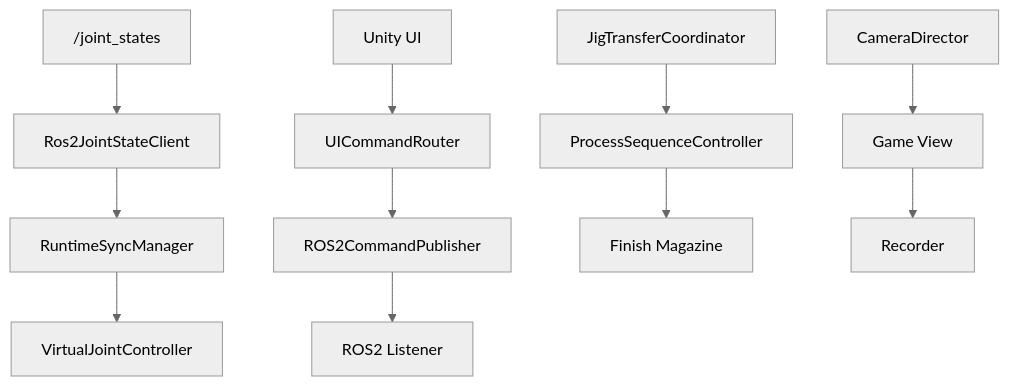
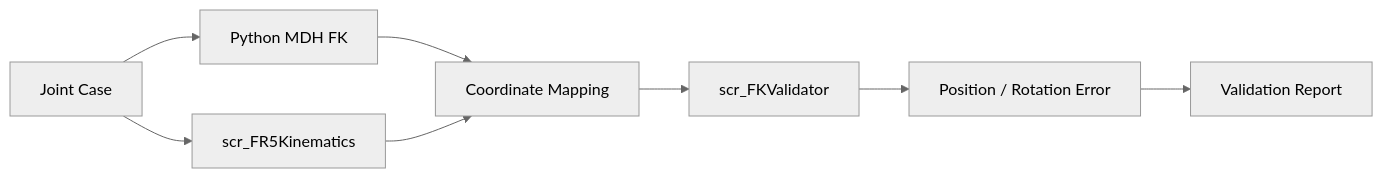
One commit to seongyeop-dev/fr5-unity-digital-twin changed the diagram in docs/12_script_reference.md. Above: the diagram before and after it, drawn with Mermaid (neutral theme). The commit also changed other lines of this file and 49 other files, not shown here.

````diff
--- a/docs/12_script_reference.md
+++ b/docs/12_script_reference.md
@@ -115,16 +111,10 @@
 ```mermaid
-flowchart TB
-    JS["/joint_states"] --> C["Ros2JointStateClient"]
-    C --> S["RuntimeSyncManager"]
-    S --> V["VirtualJointController"]
-
-    UI["Unity UI"] --> R["UICommandRouter"]
-    R --> P["ROS2CommandPublisher"]
-    P --> L["ROS2 Listener"]
-
-    J["JigTransferCoordinator"] --> E["ProcessSequenceController"]
-    E --> F["Finish Magazine"]
-
-    D["CameraDirector"] --> G["Game View"]
-    G --> REC["Recorder"]
+flowchart LR
+    J["Joint Case"] --> P["Python MDH FK"]
+    J --> C["scr_FR5Kinematics"]
+    P --> M["Coordinate Mapping"]
+    C --> M
+    M --> V["scr_FKValidator"]
+    V --> E["Position / Rotation Error"]
+    E --> R["Validation Report"]
 ```
````
